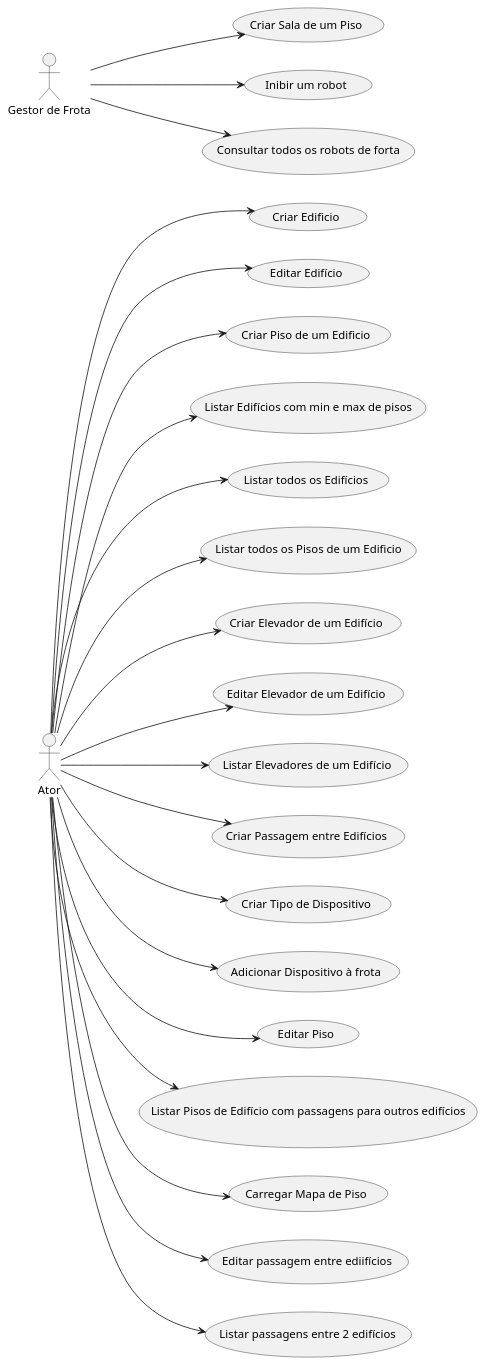
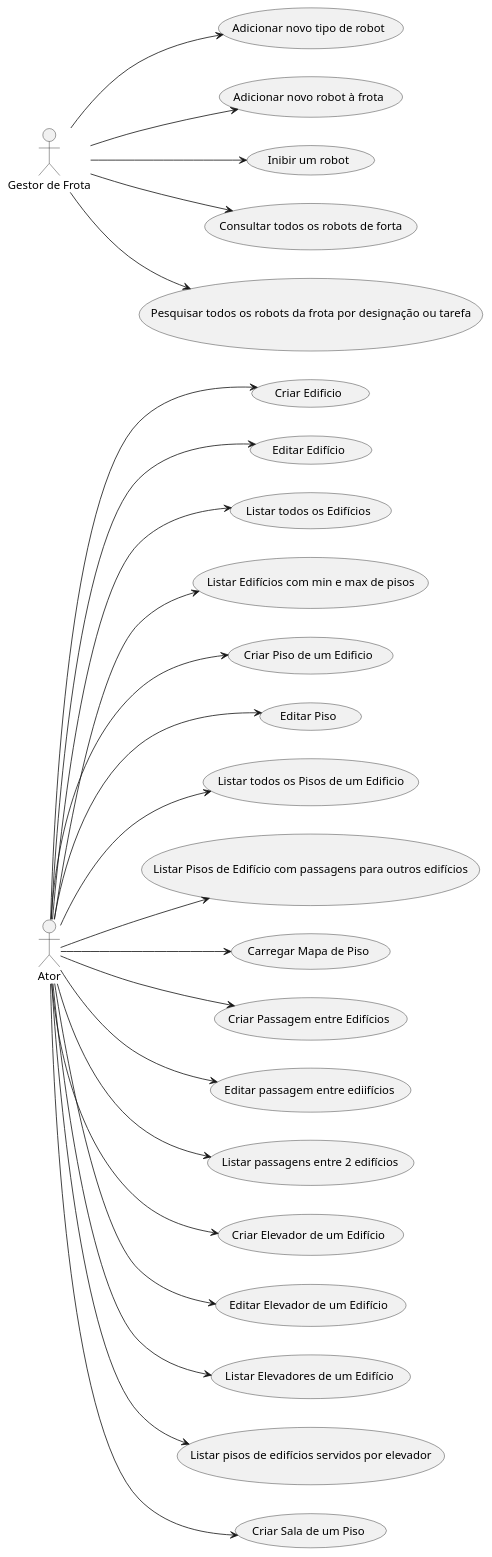
The diagram in docs/N1/VC.plantuml (SEM5PI2324G58/sem5pi_g58_23_24), drawn with PlantUML before and after one commit. The commit also changed 5 other files, not shown here.

```diff
--- a/docs/N1/VC.plantuml
+++ b/docs/N1/VC.plantuml
@@ -1,47 +1,53 @@
 @startuml
 left to right direction
 actor "Ator" as ator
 actor "Gestor de Frota" as frota
-usecase "Criar Edificio" as UC1
-usecase "Editar Edifício" as UC2
-usecase "Criar Piso de um Edificio" as UC4
-usecase "Listar Edifícios com min e max de pisos" as UC20
-usecase "Listar todos os Edifícios" as UC3
-usecase "Listar todos os Pisos de um Edificio" as UC11
-usecase "Criar Elevador de um Edifício" as UC5
-usecase "Editar Elevador de um Edifício" as UC16
-usecase "Listar Elevadores de um Edifício" as UC17
-usecase "Criar Passagem entre Edifícios" as UC6
-usecase "Criar Sala de um Piso" as UC7
-usecase "Criar Tipo de Dispositivo" as UC8
-usecase "Adicionar Dispositivo à frota" as UC9
-usecase "Editar Piso" as UC10
-usecase "Listar Pisos de Edifício com passagens para outros edifícios"  as UC12
-usecase "Carregar Mapa de Piso" as UC13
-usecase "Editar passagem entre ediifícios" as UC14
-usecase "Listar passagens entre 2 edifícios" as UC15
-usecase "Inibir um robot" as UC18
-usecase "Consultar todos os robots de forta" as UC19
+usecase "Criar Edificio" as UC150
+usecase "Editar Edifício" as UC160
+usecase "Listar todos os Edifícios" as UC170
+usecase "Listar Edifícios com min e max de pisos" as UC180
+usecase "Criar Piso de um Edificio" as UC190
+usecase "Editar Piso" as UC200
+usecase "Listar todos os Pisos de um Edificio" as UC210
+usecase "Listar Pisos de Edifício com passagens para outros edifícios"  as UC220
+usecase "Carregar Mapa de Piso" as UC230
+usecase "Criar Passagem entre Edifícios" as UC240
+usecase "Editar passagem entre ediifícios" as UC250
+usecase "Listar passagens entre 2 edifícios" as UC260
+usecase "Criar Elevador de um Edifício" as UC270
+usecase "Editar Elevador de um Edifício" as UC280
+usecase "Listar Elevadores de um Edifício" as UC290
+usecase "Listar pisos de edifícios servidos por elevador" as UC300
+usecase "Criar Sala de um Piso" as UC310
 
-ator --> UC1
-ator --> UC2
-ator --> UC3
-ator --> UC4
-ator --> UC5
-ator --> UC6
-frota --> UC7
-ator --> UC8
-ator --> UC9
-ator --> UC10
-ator --> UC11
-ator --> UC12
-ator --> UC13
-ator --> UC14
-ator --> UC15
-ator --> UC16
-ator --> UC17
-ator --> UC20
-frota --> UC18
-frota --> UC19
+usecase "Adicionar novo tipo de robot" as UC350
+usecase "Adicionar novo robot à frota" as UC360
+usecase "Inibir um robot" as UC370
+usecase "Consultar todos os robots de forta" as UC380
+usecase "Pesquisar todos os robots da frota por designação ou tarefa" as UC390
+
+ator --> UC150
+ator --> UC160
+ator --> UC170
+ator --> UC180
+ator --> UC190
+ator --> UC200
+ator --> UC210
+ator --> UC220
+ator --> UC230
+ator --> UC240
+ator --> UC250
+ator --> UC260
+ator --> UC270
+ator --> UC280
+ator --> UC290
+ator --> UC300
+ator --> UC310
+
+frota --> UC350
+frota --> UC360
+frota --> UC370
+frota --> UC380
+frota --> UC390
 
 @enduml
```
